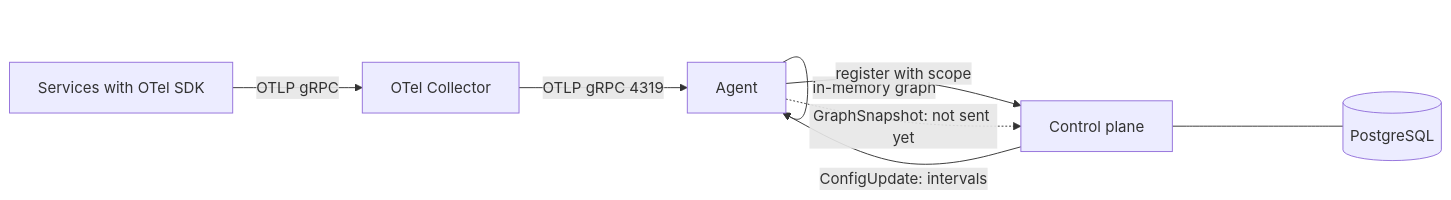
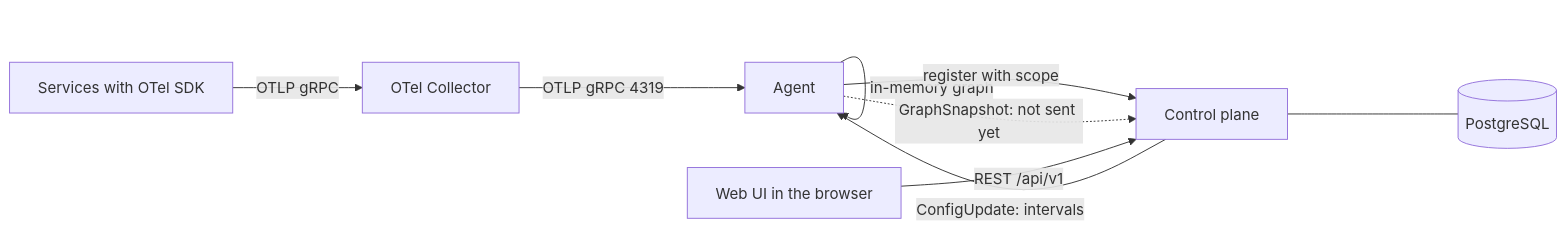
Before and after one commit to Architrace-Intelligence/Architrace: the first of 5 diagrams in documentation/architrace-inteligence/src/content/docs/architecture.md, drawn with Mermaid. The commit also changed other lines of this file and 45 other files, not shown here.

````diff
--- a/documentation/architrace-inteligence/src/content/docs/architecture.md
+++ b/documentation/architrace-inteligence/src/content/docs/architecture.md
@@ -25,10 +25,11 @@
 ```mermaid
 flowchart LR
   App[Services with OTel SDK] -->|OTLP gRPC| Collector[OTel Collector]
   Collector -->|OTLP gRPC 4319| Agent[Agent]
   Agent -->|in-memory graph| Agent
   Agent -->|register with scope| CP[Control plane]
   Agent -. GraphSnapshot: not sent yet .-> CP
   CP -->|ConfigUpdate: intervals| Agent
   CP --- DB[(PostgreSQL)]
+  Browser[Web UI in the browser] -->|REST /api/v1| CP
 ```
````
